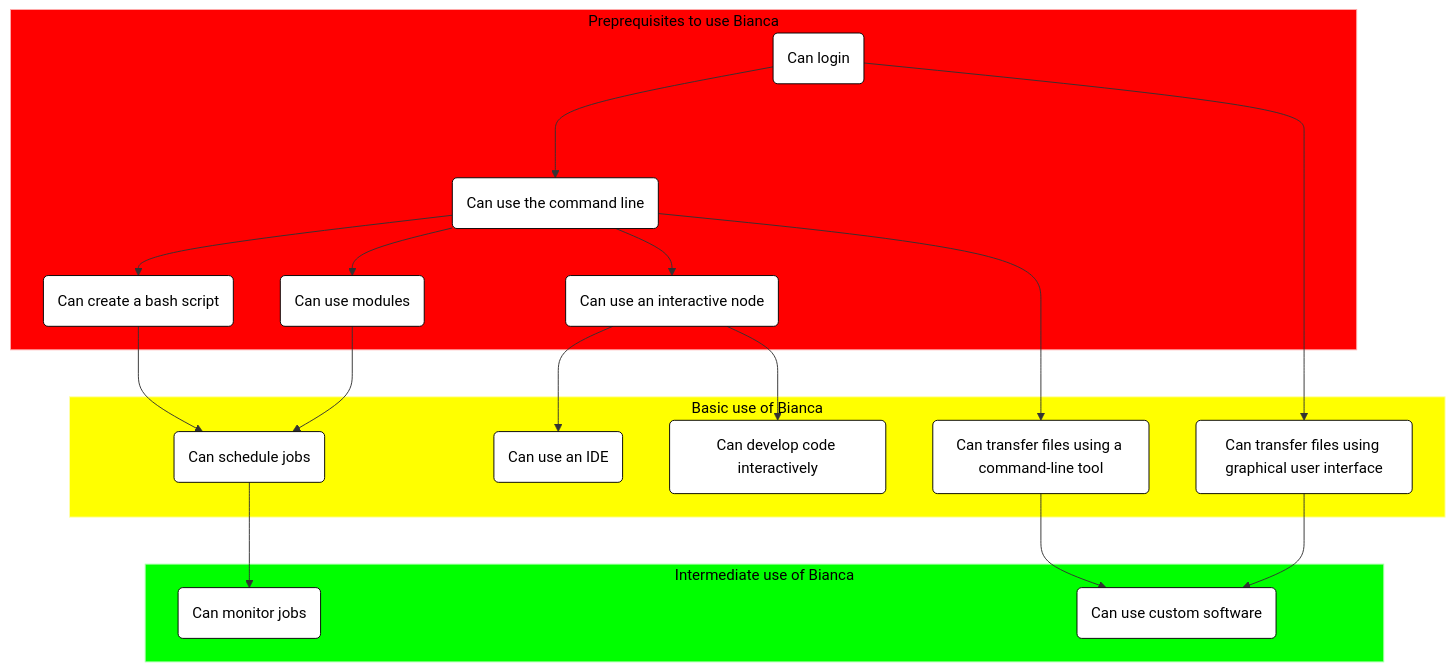
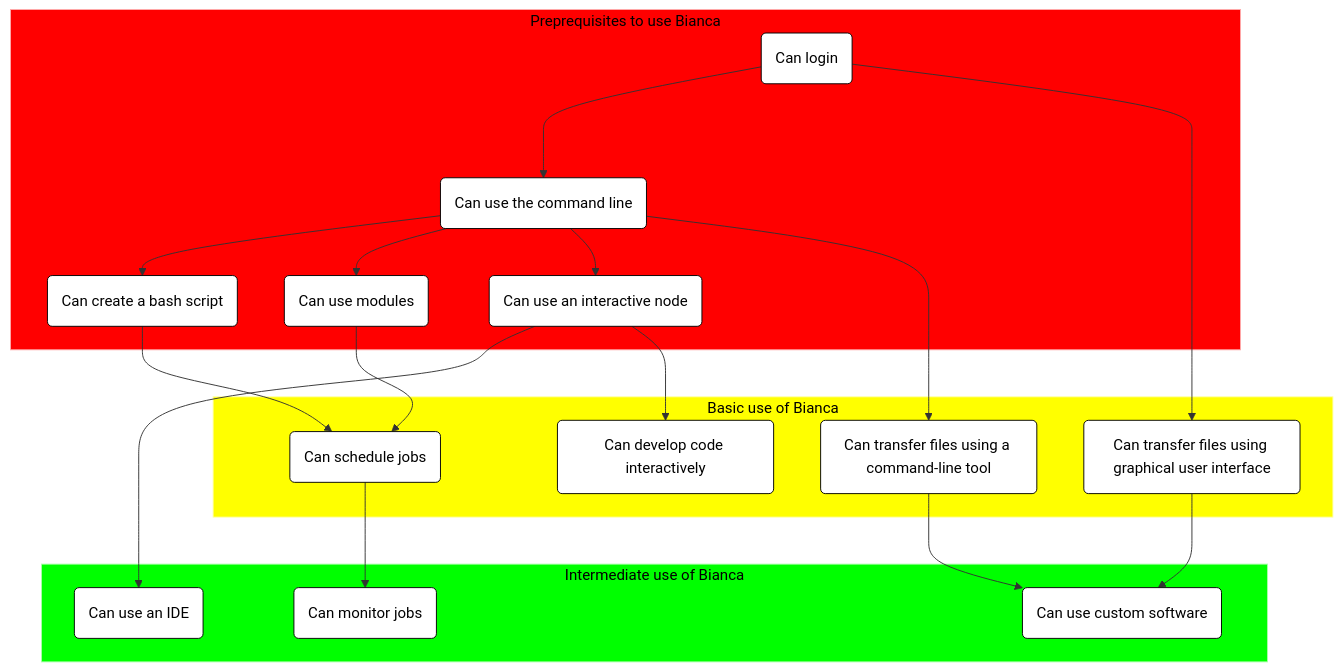
Before and after one commit to UPPMAX/bianca_workshop: the diagram in docs/intro.md, drawn with Mermaid. The commit also changed other lines of this file, not shown here.

Commit message:
Can use IDEs is part of the intermediate course

````diff
--- a/docs/intro.md
+++ b/docs/intro.md
@@ -44,45 +44,45 @@
 ```mermaid
 flowchart TD
 
     %% Give a white background, instead of a transparent one
     classDef node fill:#fff,color:#000,stroke:#000
 
     subgraph sub_prerequisites["Preprequisites to use Bianca"]
       can_login(Can login)
       can_use_command_line(Can use the command line)
       can_create_bash_script(Can create a bash script)
       can_use_modules(Can use modules)
       can_use_interactive_node(Can use an interactive node)
     end
     style sub_prerequisites fill:#f00,color:#000,stroke:#faa
 
     subgraph sub_basic_use["Basic use of Bianca"]
       can_develop_code_interactively(Can develop code interactively)
       can_tranfer_files_using_gui(Can transfer files using graphical user interface)
       can_tranfer_files_using_cli(Can transfer files using a command-line tool)
       can_schedule_jobs(Can schedule jobs)
-      %% Richel: I think this is basic use, as it is beginners that want this
-      can_use_ide(Can use an IDE)
     end
     style sub_basic_use fill:#ff0,color:#000,stroke:#ffa
 
     subgraph sub_intermediate_use["Intermediate use of Bianca"]
       can_use_custom_software(Can use custom software)
       can_monitor_jobs(Can monitor jobs)
+      %% Richel: I think this is basic use, as it is beginners that want this
+      can_use_ide(Can use an IDE)
     end
     style sub_intermediate_use fill:#0f0,color:#000,stroke:#afa
 
     can_login ---> can_use_command_line
     can_login ---> can_tranfer_files_using_gui
     can_use_command_line --> can_create_bash_script
     can_use_command_line --> can_use_modules
     can_use_command_line --> can_use_interactive_node
     can_use_command_line --> can_tranfer_files_using_cli
     can_use_modules --> can_schedule_jobs
     can_create_bash_script --> can_schedule_jobs
     can_schedule_jobs --> can_monitor_jobs
     can_use_interactive_node --> can_use_ide
     can_use_interactive_node --> can_develop_code_interactively
     can_tranfer_files_using_cli --> can_use_custom_software
     can_tranfer_files_using_gui --> can_use_custom_software
 ```
````
